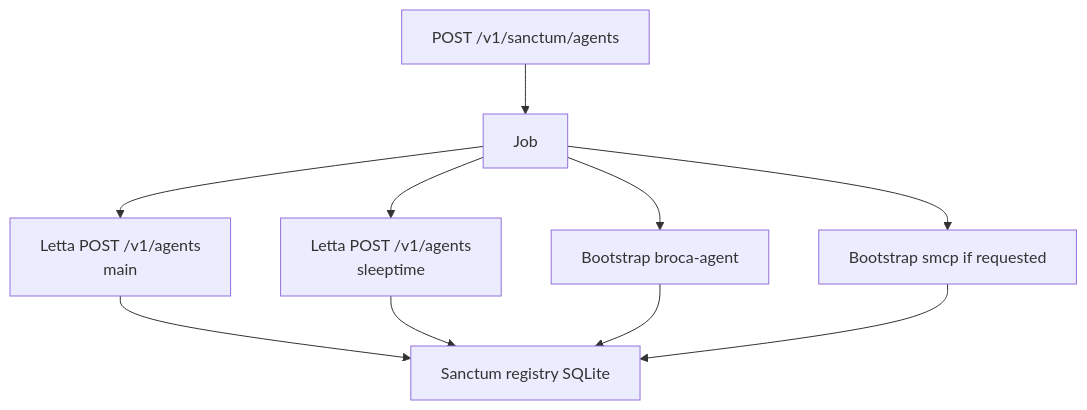
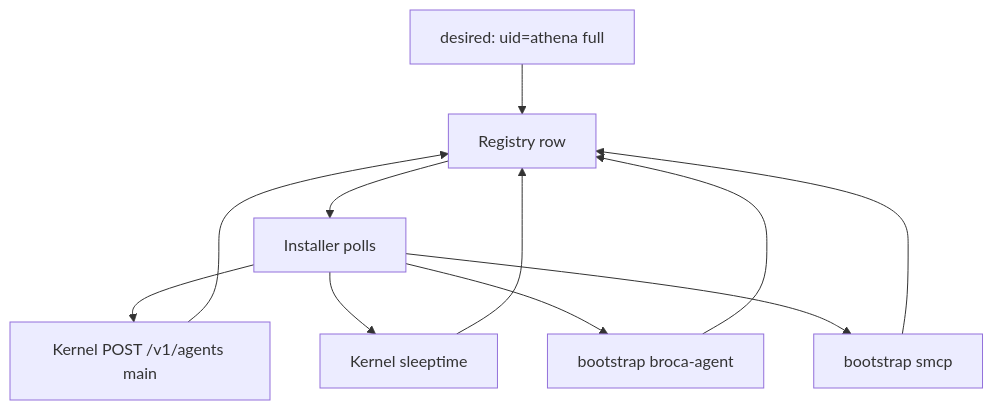
The fourth of 4 diagrams in docs/host-os/architecture-v0.md (sanctumos/ade), drawn with Mermaid before and after one commit. The commit also changed other lines of this file and 6 other files, not shown here.

First line of the commit message:
Split Registry (hive + light Broca transport) from the installer harness.

````diff
--- a/docs/host-os/architecture-v0.md
+++ b/docs/host-os/architecture-v0.md
@@ -173,13 +188,14 @@
 ```mermaid
 flowchart TB
-  META["POST /v1/sanctum/agents"]
-  META --> J["Job"]
-  J --> L1["Letta POST /v1/agents<br/>main"]
-  J --> L2["Letta POST /v1/agents<br/>sleeptime"]
-  J --> B["Bootstrap broca-agent"]
-  J --> S["Bootstrap smcp if requested"]
-  L1 --> REG["Sanctum registry SQLite"]
-  L2 --> REG
-  B --> REG
-  S --> REG
+  DESIRED["desired: uid=athena full"]
+  DESIRED --> R["Registry row"]
+  R --> I["Installer polls"]
+  I --> L1["Kernel POST /v1/agents main"]
+  I --> L2["Kernel sleeptime"]
+  I --> B["bootstrap broca-agent"]
+  I --> S["bootstrap smcp"]
+  L1 --> R
+  L2 --> R
+  B --> R
+  S --> R
 ```
````
